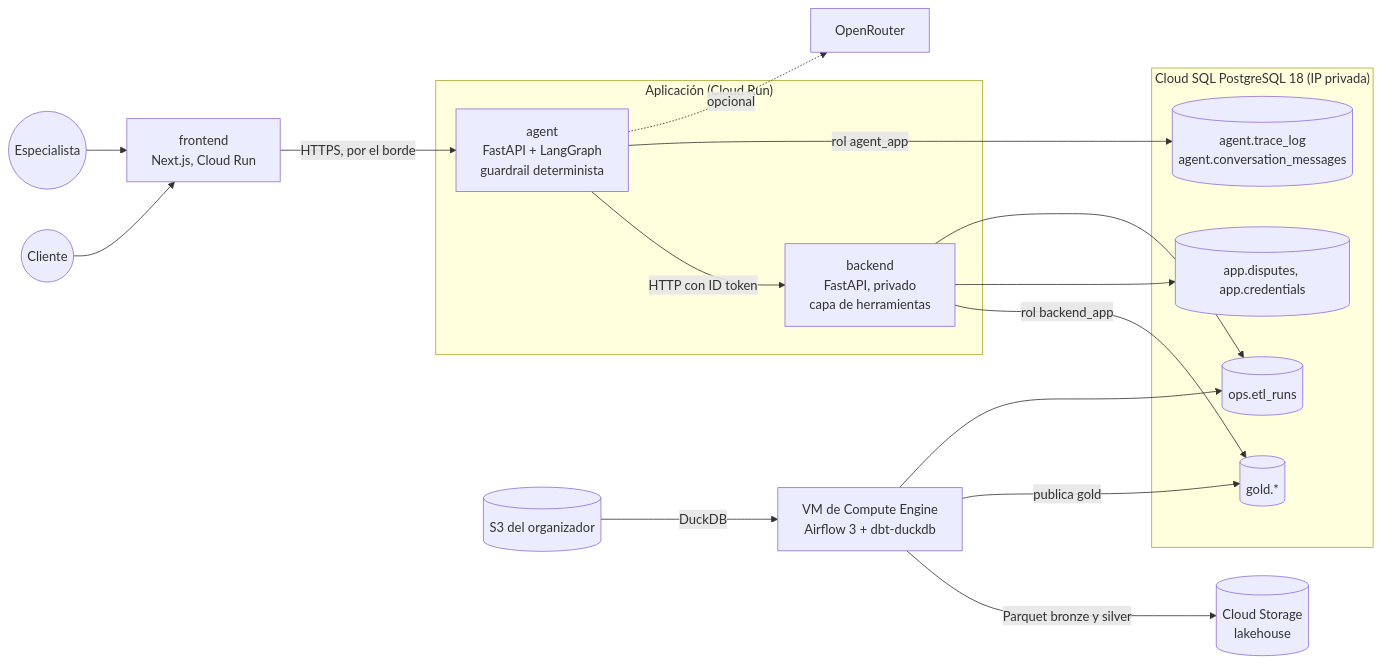
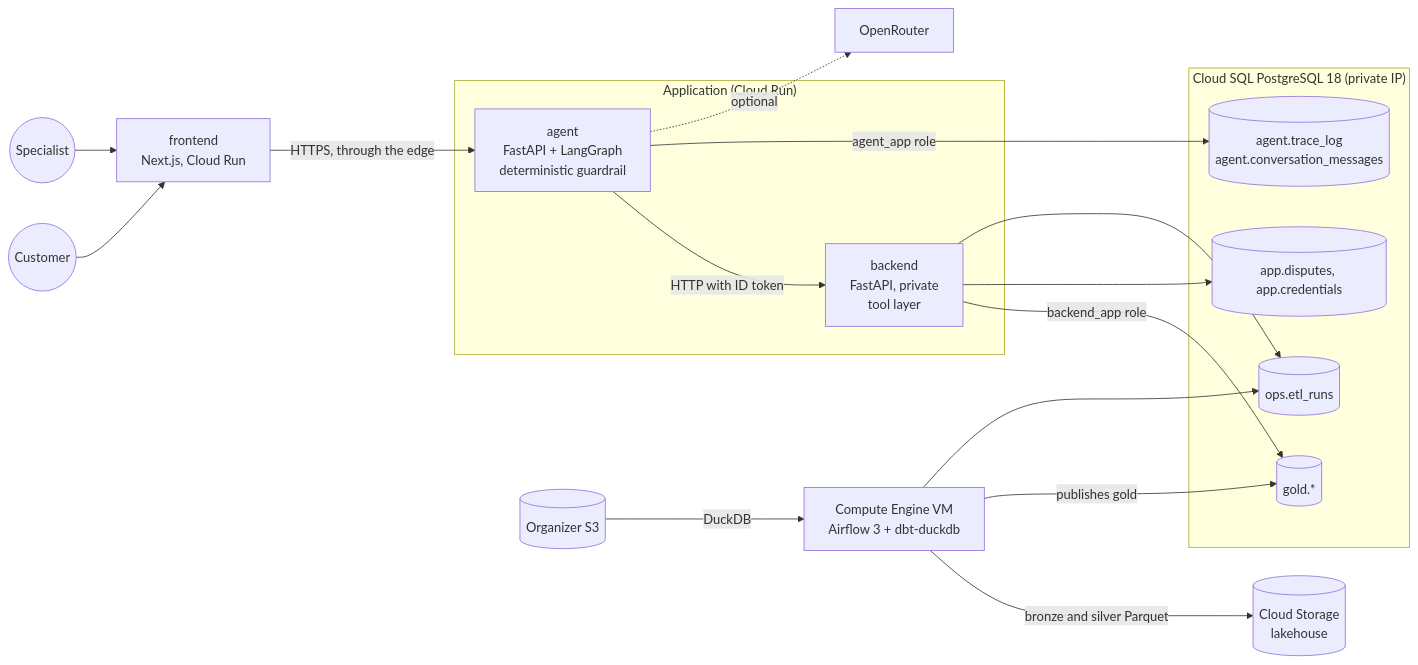
One commit to diego-rejalas/factored-hackathon-2026-bitcoders changed the diagram in docs/ARCHITECTURE.md. Above: the diagram before and after it, drawn with Mermaid. The commit also changed other lines of this file and 31 other files, not shown here.

````diff
--- a/docs/ARCHITECTURE.md
+++ b/docs/ARCHITECTURE.md
@@ -9,30 +9,30 @@
 ```mermaid
 flowchart LR
-    USER((Cliente)) --> FE[frontend<br/>Next.js, Cloud Run]
-    SPEC((Especialista)) --> FE
-    FE -->|HTTPS, por el borde| AGENT
+    USER((Customer)) --> FE[frontend<br/>Next.js, Cloud Run]
+    SPEC((Specialist)) --> FE
+    FE -->|HTTPS, through the edge| AGENT
 
-    subgraph app["Aplicación (Cloud Run)"]
-        AGENT[agent<br/>FastAPI + LangGraph<br/>guardrail determinista]
-        BANK[backend<br/>FastAPI, privado<br/>capa de herramientas]
-        AGENT -->|HTTP con ID token| BANK
+    subgraph app["Application (Cloud Run)"]
+        AGENT[agent<br/>FastAPI + LangGraph<br/>deterministic guardrail]
+        BANK[backend<br/>FastAPI, private<br/>tool layer]
+        AGENT -->|HTTP with ID token| BANK
     end
 
-    subgraph db["Cloud SQL PostgreSQL 18 (IP privada)"]
+    subgraph db["Cloud SQL PostgreSQL 18 (private IP)"]
         GOLD[(gold.*)]
         APP[(app.disputes, app.credentials)]
         OPS[(ops.etl_runs)]
         AG[(agent.trace_log<br/>agent.conversation_messages)]
     end
 
-    BANK -->|rol backend_app| GOLD
+    BANK -->|backend_app role| GOLD
     BANK --> APP
     BANK --> OPS
-    AGENT -->|rol agent_app| AG
-    AGENT -.->|opcional| OR[OpenRouter]
+    AGENT -->|agent_app role| AG
+    AGENT -.->|optional| OR[OpenRouter]
 
-    S3[(S3 del organizador)] -->|DuckDB| VM[VM de Compute Engine<br/>Airflow 3 + dbt-duckdb]
-    VM -->|Parquet bronze y silver| LAKE[(Cloud Storage<br/>lakehouse)]
-    VM -->|publica gold| GOLD
+    S3[(Organizer S3)] -->|DuckDB| VM[Compute Engine VM<br/>Airflow 3 + dbt-duckdb]
+    VM -->|bronze and silver Parquet| LAKE[(Cloud Storage<br/>lakehouse)]
+    VM -->|publishes gold| GOLD
     VM --> OPS
 ```
````
